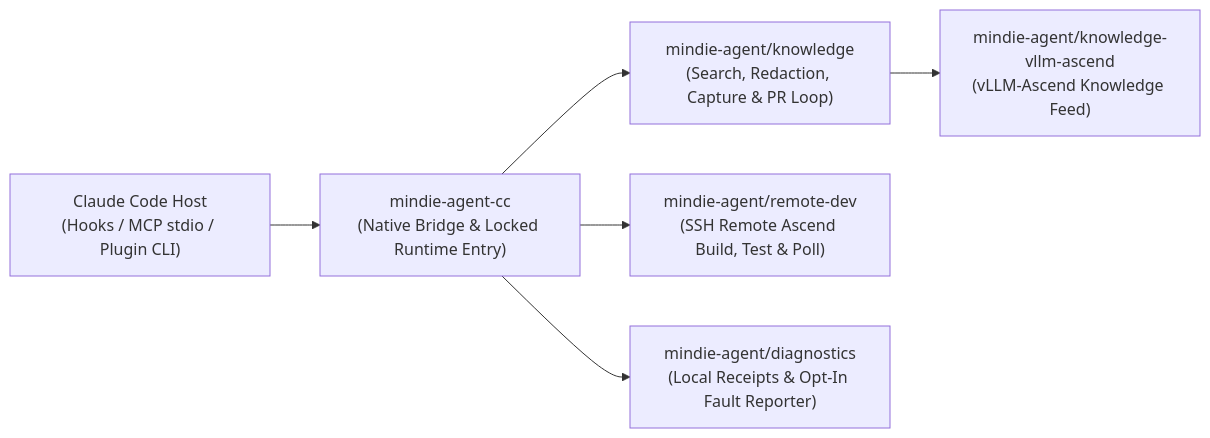
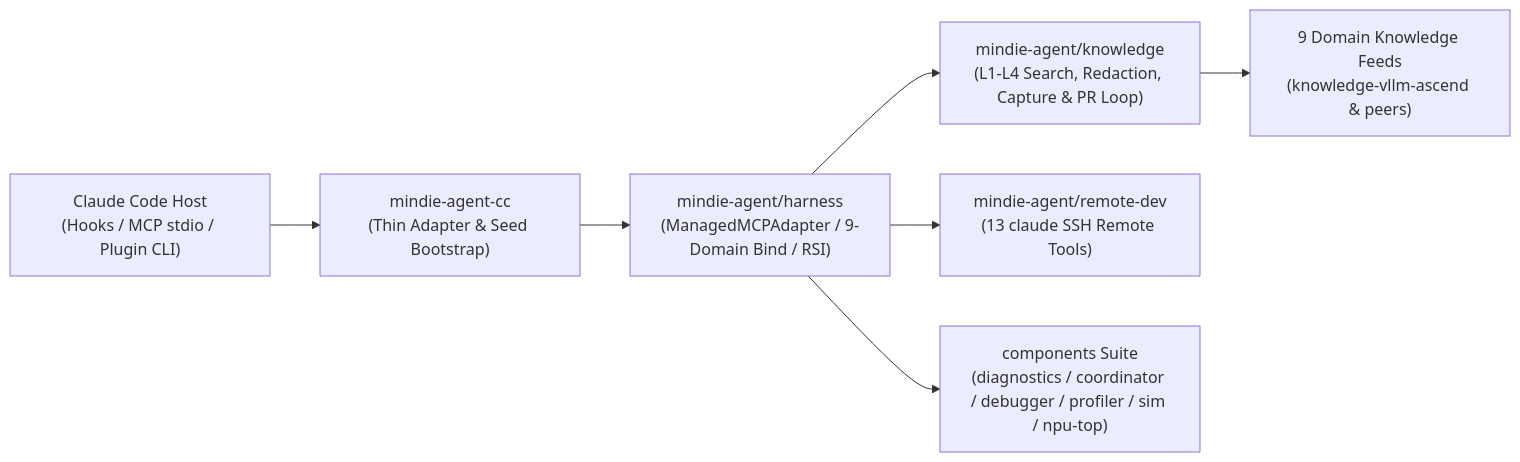
Before and after one commit to mindie-agent/mindie-agent-cc: the diagram in README.en.md, drawn with Mermaid. The commit also changed other lines of this file and 35 other files, not shown here.

First line of the commit message:
fix(substrate,lock): delegate 9-domain binding to harness v0.1.5 & pin 9-package runtime (v0.1.32) (#87)

````diff
--- a/README.en.md
+++ b/README.en.md
@@ -173,8 +174,9 @@
 ```mermaid
 flowchart LR
-  CC["Claude Code Host<br/>(Hooks / MCP stdio / Plugin CLI)"] --> Entry["mindie-agent-cc<br/>(Native Bridge & Locked Runtime Entry)"]
-  Entry --> Knowledge["mindie-agent/knowledge<br/>(Search, Redaction, Capture & PR Loop)"]
-  Knowledge --> Feed["mindie-agent/knowledge-vllm-ascend<br/>(vLLM-Ascend Knowledge Feed)"]
-  Entry --> RemoteDev["mindie-agent/remote-dev<br/>(SSH Remote Ascend Build, Test & Poll)"]
-  Entry --> Diagnostics["mindie-agent/diagnostics<br/>(Local Receipts & Opt-In Fault Reporter)"]
+  CC["Claude Code Host<br/>(Hooks / MCP stdio / Plugin CLI)"] --> Entry["mindie-agent-cc<br/>(Thin Adapter & Seed Bootstrap)"]
+  Entry --> Harness["mindie-agent/harness<br/>(ManagedMCPAdapter / 9-Domain Bind / RSI)"]
+  Harness --> Knowledge["mindie-agent/knowledge<br/>(L1-L4 Search, Redaction, Capture & PR Loop)"]
+  Knowledge --> Feed["9 Domain Knowledge Feeds<br/>(knowledge-vllm-ascend & peers)"]
+  Harness --> RemoteDev["mindie-agent/remote-dev<br/>(13 claude SSH Remote Tools)"]
+  Harness --> Components["components Suite<br/>(diagnostics / coordinator / debugger / profiler / sim / npu-top)"]
 ```
````
